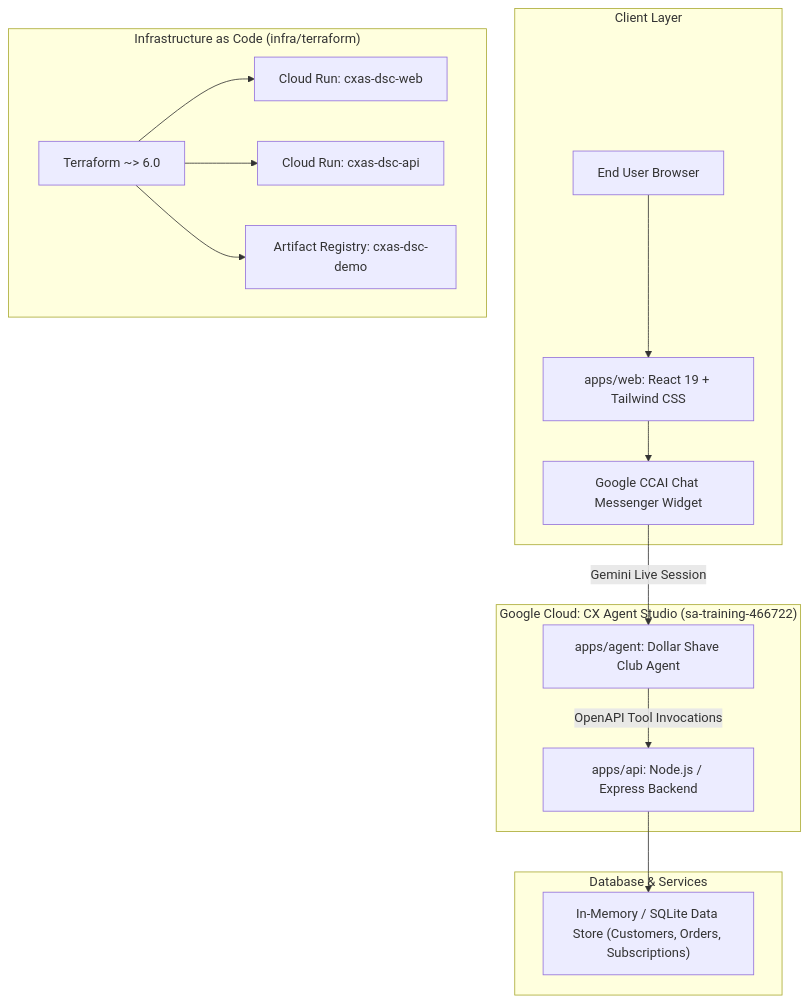
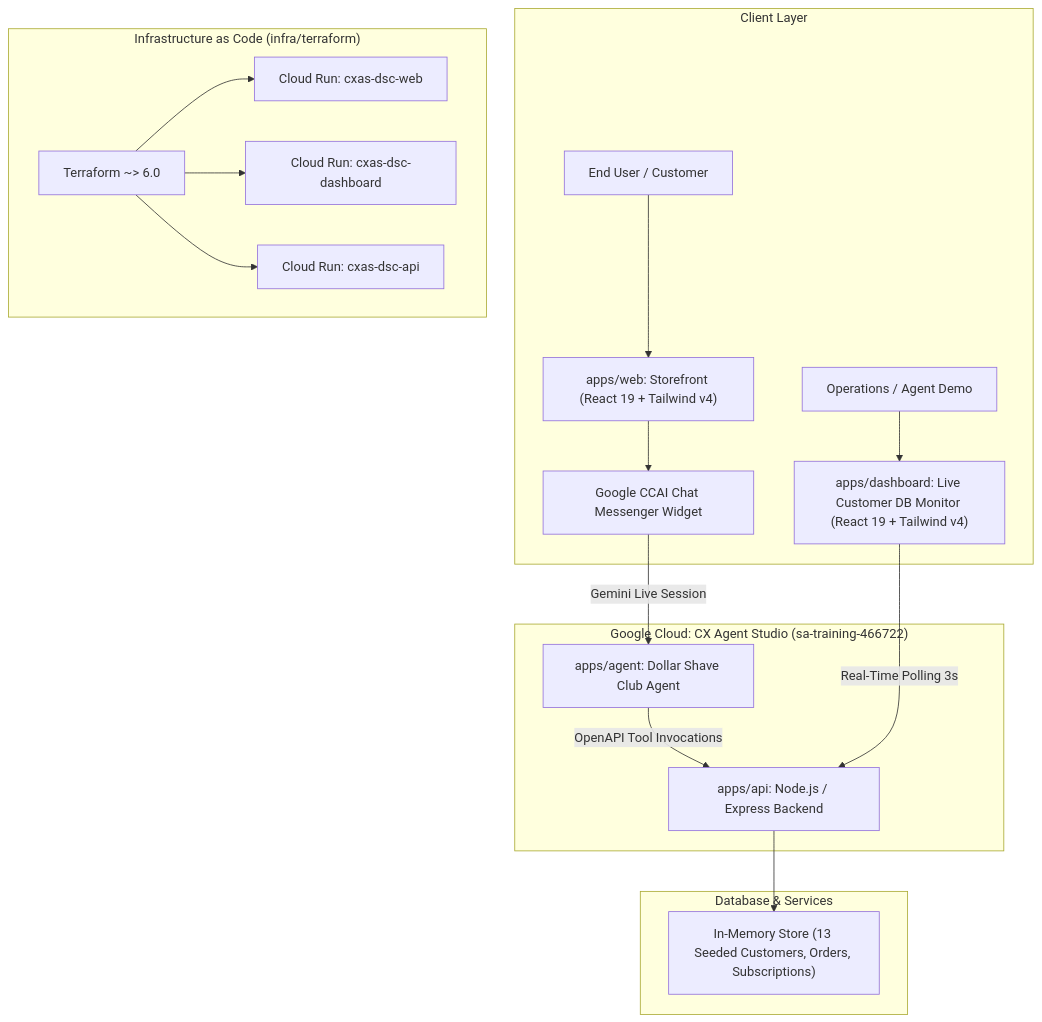
Before and after one commit to smfaherty-t/cxas-agy-dsc-demo: the diagram in README.md, drawn with Mermaid. The commit also changed other lines of this file and 25 other files, not shown here.

Commit message:
feat(dashboard): add operations dashboard and seed 10 customers (#12)

````diff
--- a/README.md
+++ b/README.md
@@ -12,22 +12,24 @@
 ```mermaid
 flowchart TD
     subgraph Client ["Client Layer"]
-      User["End User Browser"] --> WebApp["apps/web: React 19 + Tailwind CSS"]
+      User["End User / Customer"] --> WebApp["apps/web: Storefront (React 19 + Tailwind v4)"]
+      Admin["Operations / Agent Demo"] --> Dashboard["apps/dashboard: Live Customer DB Monitor (React 19 + Tailwind v4)"]
       WebApp --> ChatWidget["Google CCAI Chat Messenger Widget"]
     end
 
     subgraph ConversationalAI ["Google Cloud: CX Agent Studio (sa-training-466722)"]
       ChatWidget -->|Gemini Live Session| CXAS["apps/agent: Dollar Shave Club Agent"]
       CXAS -->|OpenAPI Tool Invocations| APIService["apps/api: Node.js / Express Backend"]
     end
 
     subgraph DataLayer ["Database & Services"]
-      APIService --> InMemDB["In-Memory / SQLite Data Store (Customers, Orders, Subscriptions)"]
+      APIService --> InMemDB["In-Memory Store (13 Seeded Customers, Orders, Subscriptions)"]
+      Dashboard -->|Real-Time Polling 3s| APIService
     end
 
     subgraph Infrastructure ["Infrastructure as Code (infra/terraform)"]
       Terraform["Terraform ~> 6.0"] --> CloudRunWeb["Cloud Run: cxas-dsc-web"]
+      Terraform --> CloudRunDash["Cloud Run: cxas-dsc-dashboard"]
       Terraform --> CloudRunAPI["Cloud Run: cxas-dsc-api"]
-      Terraform --> ArtifactRegistry["Artifact Registry: cxas-dsc-demo"]
     end
 ```
````
